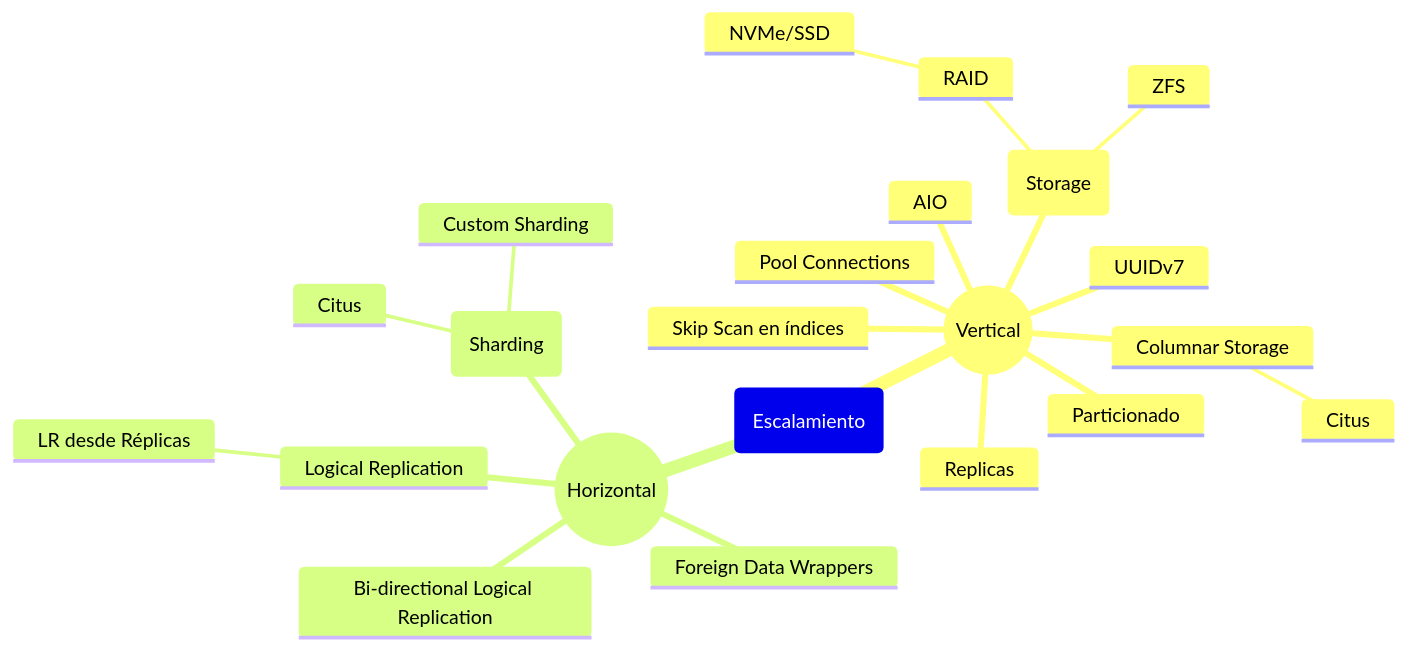
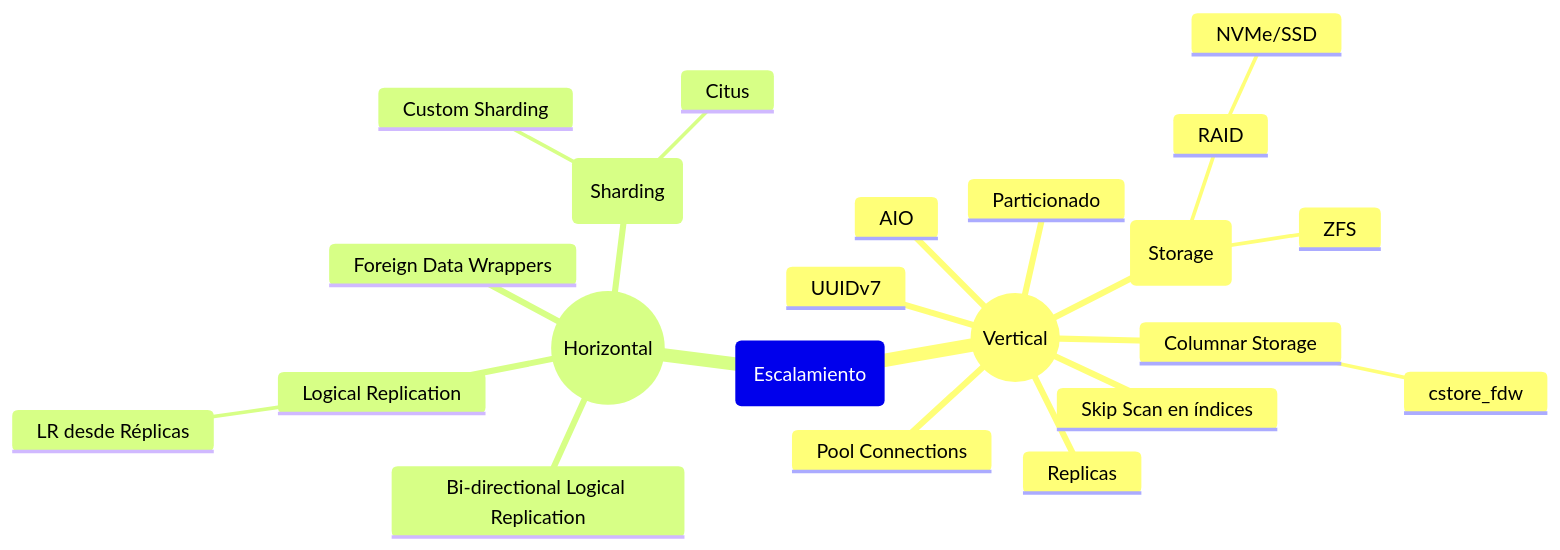
Before and after one commit to 3manuek/slides: the diagram in 2025/Nerdearla.es/charts/postgres-scaling-diagram.md, drawn with Mermaid. The commit also changed 3 other files, not shown here.

Commit message:
update charts

````diff
--- a/2025/Nerdearla.es/charts/postgres-scaling-diagram.md
+++ b/2025/Nerdearla.es/charts/postgres-scaling-diagram.md
@@ -7,25 +7,25 @@
 ```mermaid
 mindmap
   root(Escalamiento)
     Vertical((Vertical))
       AIO
       Particionado
       UUIDv7 
       Replicas
       Pool Connections
       Skip Scan en índices
       Columnar Storage
-        Citus
+        cstore_fdw
       Storage(Storage)
         RAID
           NVMe/SSD
         ZFS
     Horizontal((Horizontal))  
       Logical Replication
         LR desde Réplicas
       Bi-directional Logical Replication
       Sharding(Sharding)
         Citus
         Custom Sharding
       Foreign Data Wrappers
 ```
````
